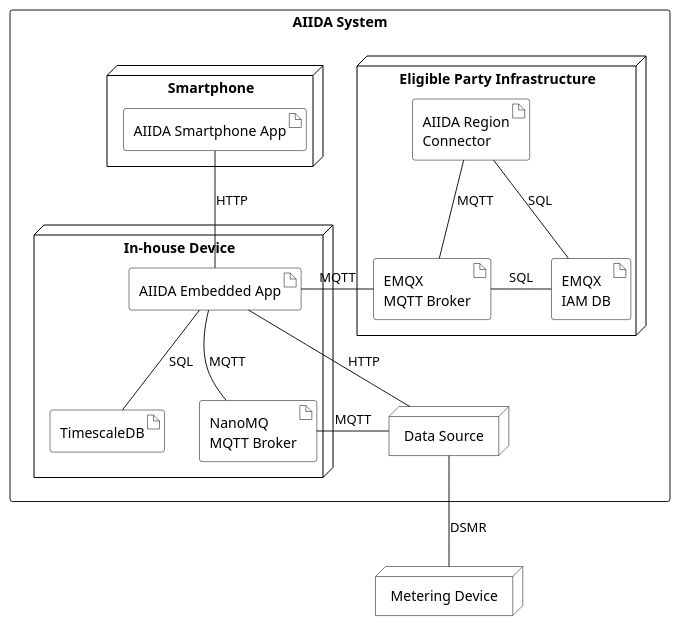
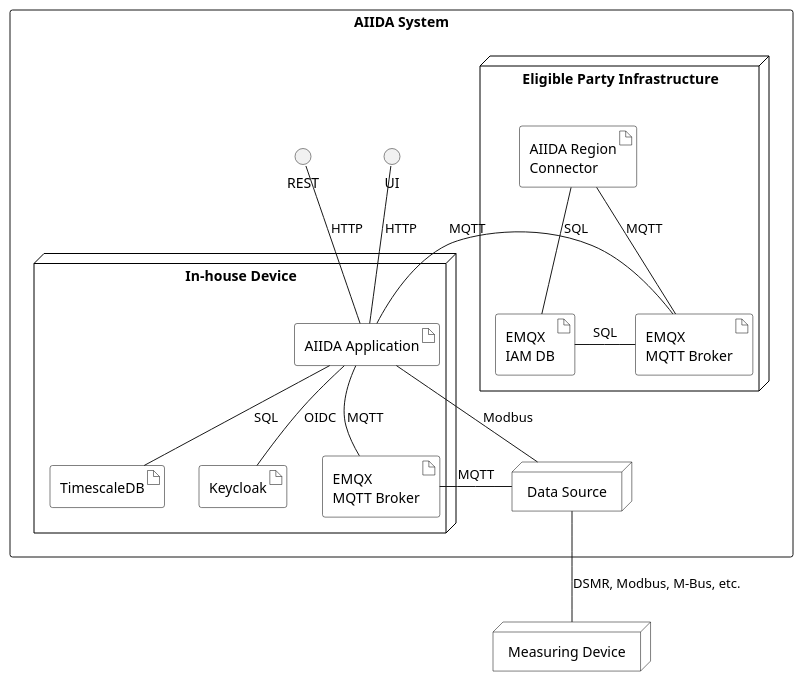
The diagram in arc42/aiida/deployment-view/figures/aiida_deployment_view.puml (eddie-energy/architecture), drawn with PlantUML before and after one commit. The commit also changed 1 other file, not shown here.

Commit message:
Part of #120: Improve class diagram of deployment view

```diff
--- a/arc42/aiida/deployment-view/figures/aiida_deployment_view.puml
+++ b/arc42/aiida/deployment-view/figures/aiida_deployment_view.puml
@@ -1,60 +1,62 @@
 @startuml aiida_deployment_view
-'component diagram
+' component diagram
 
 ' skinparam linetype ortho
 
 skinparam artifact{
   BorderColor black
   BackgroundColor transparent
 }
 skinparam node{
   BorderColor black
   BackgroundColor white
 }
 skinparam rectangle{
   ' BorderColor transparent
   BackgroundColor transparent
   FontColor black
 }
 
 rectangle "AIIDA System" {
+  node "In-house Device" as aiida {
+    artifact "AIIDA Application" as aiidaapp
+    artifact "EMQX \nMQTT Broker" as emqx
+    artifact "TimescaleDB" as db
+    artifact "Keycloak" as kc
+
+    aiidaapp -down- emqx : MQTT
+    aiidaapp -down- db : SQL
+    aiidaapp -down- kc : OIDC
+    db -[hidden]right- emqx
+    kc -[hidden]right- emqx
+  }
+
   node "Eligible Party Infrastructure"  as epInfra{
-      artifact "AIIDA Region\nConnector" as regcon
+    artifact "AIIDA Region\nConnector" as regcon
     artifact "EMQX \nMQTT Broker" as broker
     artifact "EMQX \nIAM DB" as emqxiam
 
-    broker -right- emqxiam : SQL
+    broker -left- emqxiam : SQL
     regcon -down- broker : MQTT
     regcon -down- emqxiam : SQL
 
   }
 
-  node "Smartphone" as smartphone{
-    artifact "AIIDA Smartphone App" as app
-
-  }
-  node "In-house Device" as aiida {
-    artifact "AIIDA Embedded App" as embapp
-    artifact "NanoMQ \nMQTT Broker" as nano
-    artifact "TimescaleDB" as db
-
-    embapp -down- nano : MQTT
-    embapp -down- db : SQL
-    db -[hidden]right- nano
-  }
-
-  embapp -up- app : HTTP
-  embapp -right- broker : MQTT
+  aiidaapp -left- broker : MQTT
+  aiidaapp -up- REST : HTTP
+  aiidaapp -up- UI : HTTP
 
   ' frame "Device Austria" as device2
   ' frame "Device France" as device3
 node "Data Source" as adapterDevice
 }
-node "Metering Device" as smartmeter
+node "Measuring Device" as measuringdevice
 
-adapterDevice -left- embapp : HTTP
-adapterDevice -left- nano : MQTT
+adapterDevice -left- aiidaapp : Modbus
+adapterDevice -left- emqx : MQTT
 
-smartmeter -up- adapterDevice : DSMR
+measuringdevice -up- adapterDevice : DSMR, Modbus, M-Bus, etc.
+
+}
 
 @enduml
```
